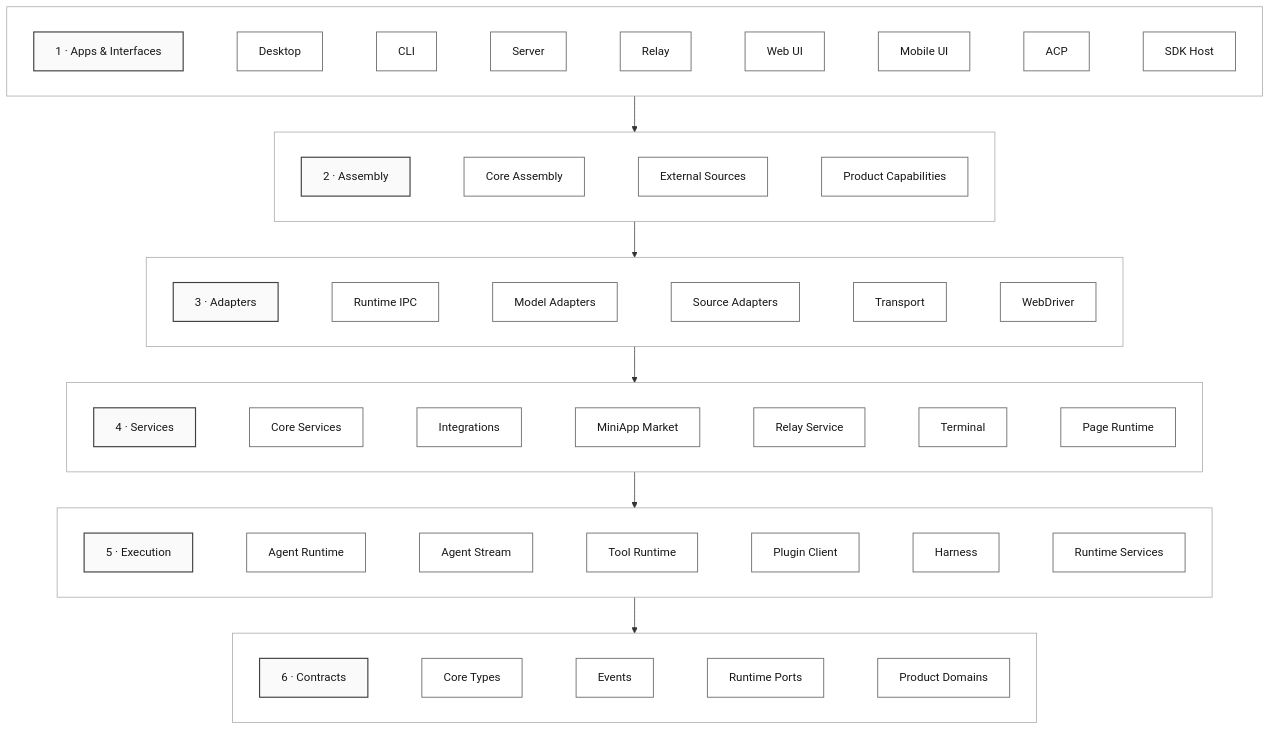
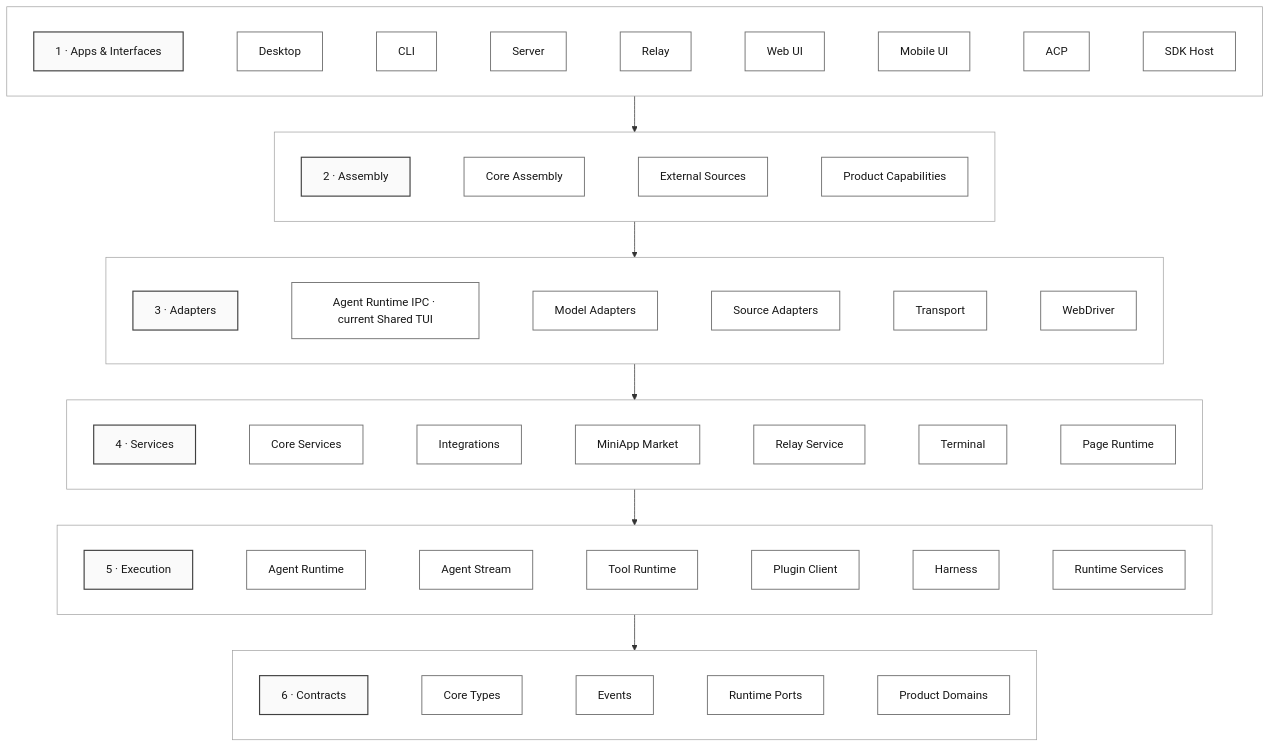
The second of 12 diagrams in docs/architecture/product-architecture.md (GCWing/BitFun), drawn with Mermaid before and after one commit. The commit also changed other lines of this file and 15 other files, not shown here.

Commit message:
feat(doct): add app server design

````diff
--- a/docs/architecture/product-architecture.md
+++ b/docs/architecture/product-architecture.md
@@ -194,45 +207,45 @@
 ```mermaid
 flowchart TB
   subgraph AppsLayer[" "]
     direction LR
     AppsTitle["1 · Apps & Interfaces"] ~~~ Desktop["Desktop"] ~~~ CLI["CLI"] ~~~ Server["Server"] ~~~ Relay["Relay"] ~~~ WebUI["Web UI"] ~~~ MobileUI["Mobile UI"] ~~~ ACP["ACP"] ~~~ SDKHost["SDK Host"]
   end
 
   subgraph AssemblyLayer[" "]
     direction LR
     AssemblyTitle["2 · Assembly"] ~~~ CoreAssembly["Core Assembly"] ~~~ ExternalSources["External Sources"] ~~~ ProductCaps["Product Capabilities"]
   end
 
   subgraph AdaptersLayer[" "]
     direction LR
-    AdaptersTitle["3 · Adapters"] ~~~ RuntimeIPC["Runtime IPC"] ~~~ ModelAdapters["Model Adapters"] ~~~ SourceAdapters["Source Adapters"] ~~~ Transport["Transport"] ~~~ WebDriver["WebDriver"]
+    AdaptersTitle["3 · Adapters"] ~~~ RuntimeIpc["Agent Runtime IPC · current Shared TUI"] ~~~ ModelAdapters["Model Adapters"] ~~~ SourceAdapters["Source Adapters"] ~~~ Transport["Transport"] ~~~ WebDriver["WebDriver"]
   end
 
   subgraph ServicesLayer[" "]
     direction LR
     ServicesTitle["4 · Services"] ~~~ CoreServices["Core Services"] ~~~ Integrations["Integrations"] ~~~ MiniAppMarket["MiniApp Market"] ~~~ RelayService["Relay Service"] ~~~ Terminal["Terminal"] ~~~ PageRuntime["Page Runtime"]
   end
 
   subgraph ExecutionLayer[" "]
     direction LR
     ExecutionTitle["5 · Execution"] ~~~ AgentRuntime["Agent Runtime"] ~~~ AgentStream["Agent Stream"] ~~~ ToolRuntime["Tool Runtime"] ~~~ PluginClient["Plugin Client"] ~~~ Harness["Harness"] ~~~ RuntimeServices["Runtime Services"]
   end
 
   subgraph ContractsLayer[" "]
     direction LR
     ContractsTitle["6 · Contracts"] ~~~ CoreTypes["Core Types"] ~~~ Events["Events"] ~~~ RuntimePorts["Runtime Ports"] ~~~ ProductDomains["Product Domains"]
   end
 
   AppsTitle --> AssemblyTitle --> AdaptersTitle --> ServicesTitle --> ExecutionTitle --> ContractsTitle
 
   classDef header fill:#fafafa,stroke:#404040,stroke-width:1.6px,color:#171717;
   classDef module fill:#ffffff,stroke:#737373,stroke-width:1.3px,color:#171717;
   class AppsTitle,AssemblyTitle,AdaptersTitle,ServicesTitle,ExecutionTitle,ContractsTitle header;
-  class Desktop,CLI,Server,Relay,WebUI,MobileUI,ACP,SDKHost,CoreAssembly,ExternalSources,ProductCaps,RuntimeIPC,ModelAdapters,SourceAdapters,Transport,WebDriver,CoreServices,Integrations,MiniAppMarket,RelayService,Terminal,PageRuntime,AgentRuntime,AgentStream,ToolRuntime,PluginClient,Harness,RuntimeServices,CoreTypes,Events,RuntimePorts,ProductDomains module;
+  class Desktop,CLI,Server,Relay,WebUI,MobileUI,ACP,SDKHost,CoreAssembly,ExternalSources,ProductCaps,RuntimeIpc,ModelAdapters,SourceAdapters,Transport,WebDriver,CoreServices,Integrations,MiniAppMarket,RelayService,Terminal,PageRuntime,AgentRuntime,AgentStream,ToolRuntime,PluginClient,Harness,RuntimeServices,CoreTypes,Events,RuntimePorts,ProductDomains module;
   style AppsLayer fill:#ffffff,stroke:#a3a3a3;
   style AssemblyLayer fill:#ffffff,stroke:#a3a3a3;
   style AdaptersLayer fill:#ffffff,stroke:#a3a3a3;
   style ServicesLayer fill:#ffffff,stroke:#a3a3a3;
   style ExecutionLayer fill:#ffffff,stroke:#a3a3a3;
   style ContractsLayer fill:#ffffff,stroke:#a3a3a3;
 ```
````
